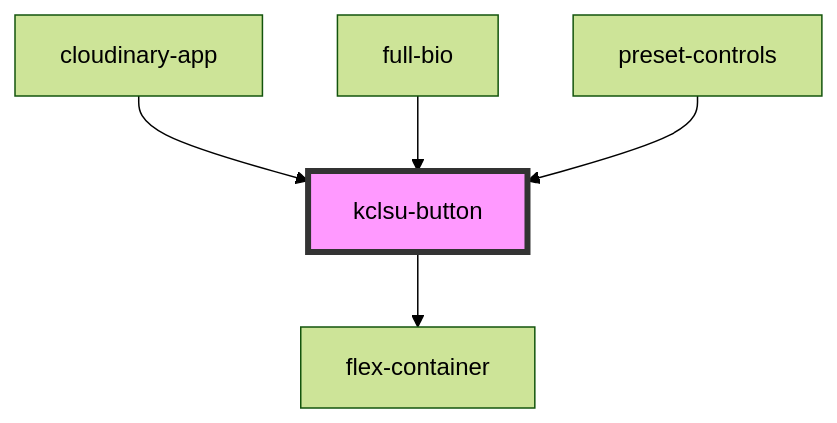
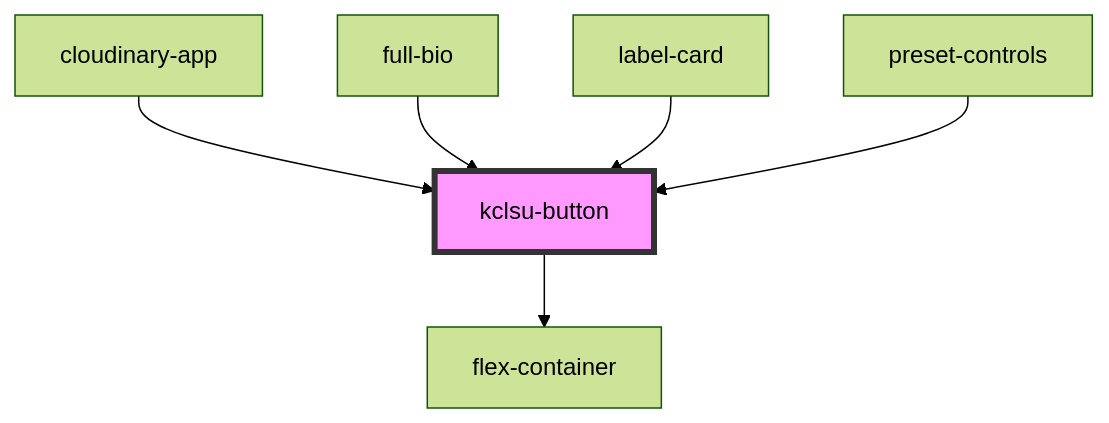
Before and after one commit to dev-kylo/component_library: the diagram in src/components/buttons/kclsu-button/readme.md, drawn with Mermaid (forest theme). The commit also changed other lines of this file and 11 other files, not shown here.

````diff
--- a/src/components/buttons/kclsu-button/readme.md
+++ b/src/components/buttons/kclsu-button/readme.md
@@ -45,8 +47,9 @@
 ```mermaid
 graph TD;
   kclsu-button --> flex-container
   cloudinary-app --> kclsu-button
   full-bio --> kclsu-button
+  label-card --> kclsu-button
   preset-controls --> kclsu-button
   style kclsu-button fill:#f9f,stroke:#333,stroke-width:4px
 ```
````
